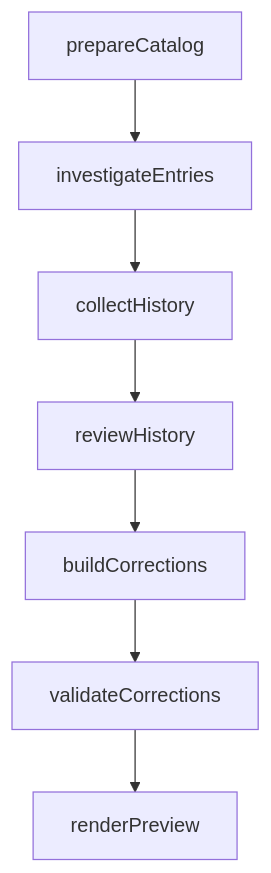
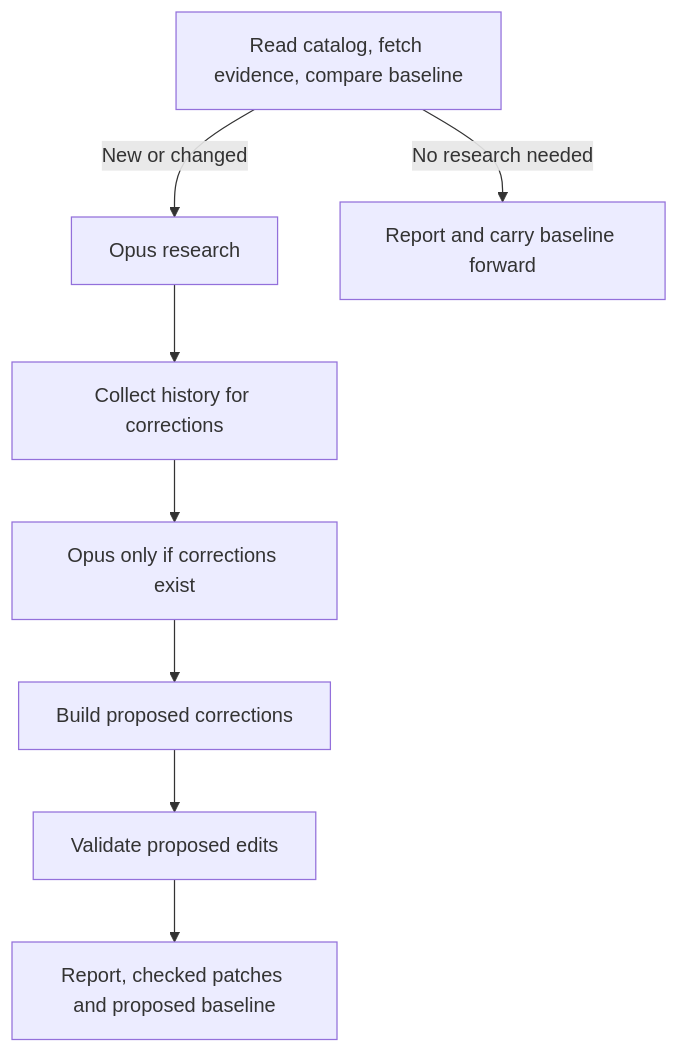
The diagram in .um/freshness/README.md (bromanko/awesome-ratatui), drawn with Mermaid before and after one commit. The commit also changed other lines of this file and 17 other files, not shown here.

Commit message:
Review only new or changed catalog evidence

````diff
--- a/.um/freshness/README.md
+++ b/.um/freshness/README.md
@@ -34,9 +65,11 @@
 ```mermaid
 flowchart TD
-  prepareCatalog --> investigateEntries
-  investigateEntries --> collectHistory
-  collectHistory --> reviewHistory
-  reviewHistory --> buildCorrections
-  buildCorrections --> validateCorrections
-  validateCorrections --> renderPreview
+  prepareCatalog[Read catalog, fetch evidence, compare baseline]
+  prepareCatalog -->|New or changed| investigateEntries[Opus research]
+  prepareCatalog -->|No research needed| renderUnchanged[Report and carry baseline forward]
+  investigateEntries --> collectHistory[Collect history for corrections]
+  collectHistory --> reviewHistory[Opus only if corrections exist]
+  reviewHistory --> buildCorrections[Build proposed corrections]
+  buildCorrections --> validateCorrections[Validate proposed edits]
+  validateCorrections --> renderPreview[Report, checked patches and proposed baseline]
 ```
````
